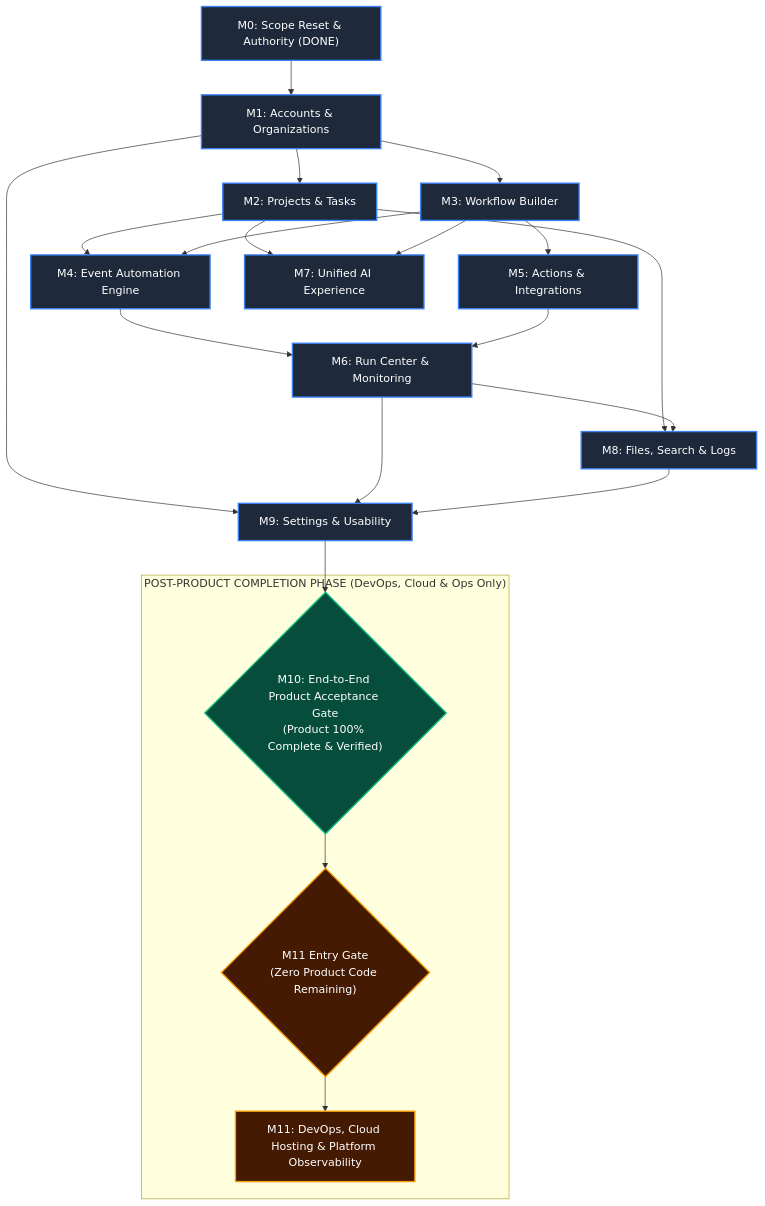
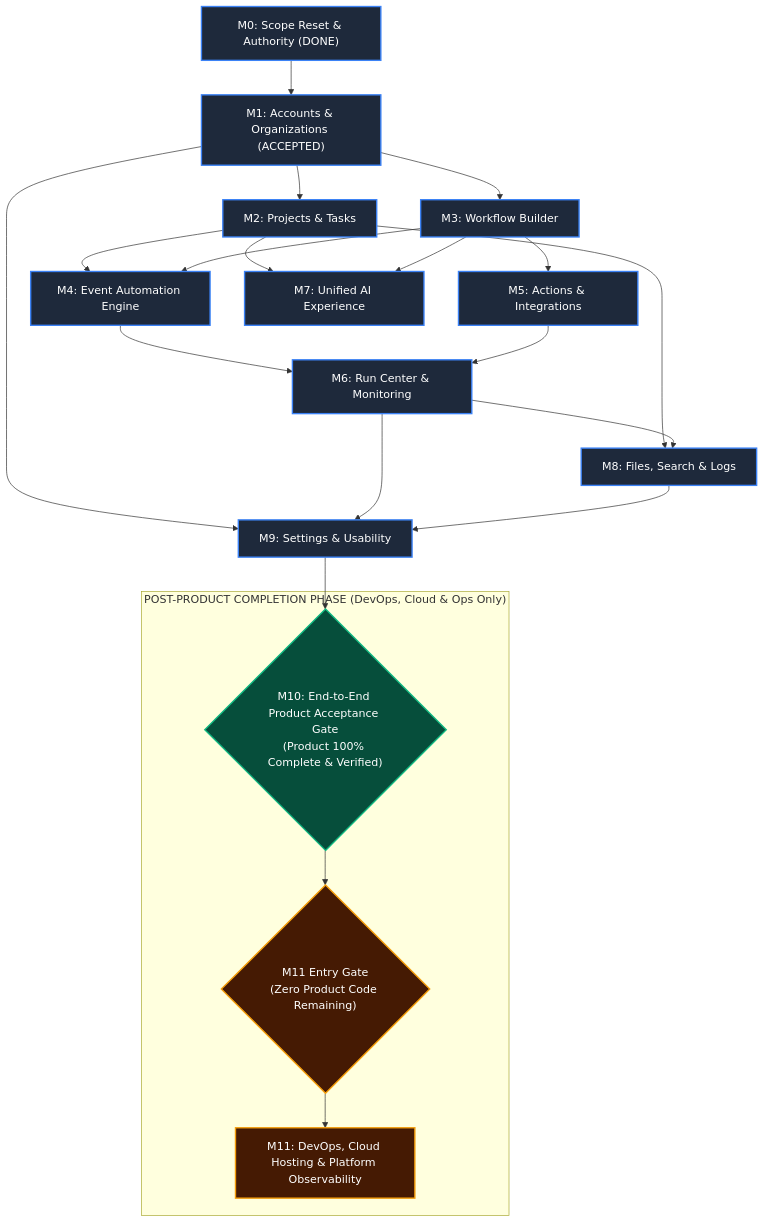
The fifth of 8 diagrams in forge/docs/product/PRODUCT_COMPLETION_TRACKER.md (Mayur11code/Forge), drawn with Mermaid before and after one commit. The commit also changed other lines of this file and 45 other files, not shown here.

````diff
--- a/forge/docs/product/PRODUCT_COMPLETION_TRACKER.md
+++ b/forge/docs/product/PRODUCT_COMPLETION_TRACKER.md
@@ -381,29 +381,29 @@
 ```mermaid
 flowchart TD
     classDef product fill:#1e293b,stroke:#3b82f6,stroke-width:2px,color:#fff;
     classDef gate fill:#064e3b,stroke:#10b981,stroke-width:2px,color:#fff;
     classDef infra fill:#451a03,stroke:#f59e0b,stroke-width:2px,color:#fff;
 
-    M0["M0: Scope Reset & Authority (DONE)"]:::product --> M1["M1: Accounts & Organizations"]:::product
+    M0["M0: Scope Reset & Authority (DONE)"]:::product --> M1["M1: Accounts & Organizations (ACCEPTED)"]:::product
     M1 --> M2["M2: Projects & Tasks"]:::product
     M1 --> M3["M3: Workflow Builder"]:::product
     M2 --> M4["M4: Event Automation Engine"]:::product
     M3 --> M4
     M3 --> M5["M5: Actions & Integrations"]:::product
     M4 --> M6["M6: Run Center & Monitoring"]:::product
     M5 --> M6
     M2 --> M7["M7: Unified AI Experience"]:::product
     M3 --> M7
     M2 --> M8["M8: Files, Search & Logs"]:::product
     M6 --> M8
     M1 --> M9["M9: Settings & Usability"]:::product
     M6 --> M9
     M8 --> M9
 
     M9 --> M10_EXIT{"M10: End-to-End Product Acceptance Gate\n(Product 100% Complete & Verified)"}:::gate
     
     subgraph POST_PRODUCT["POST-PRODUCT COMPLETION PHASE (DevOps, Cloud & Ops Only)"]
         M10_EXIT --> M11_ENTRY{"M11 Entry Gate\n(Zero Product Code Remaining)"}:::infra
         M11_ENTRY --> M11["M11: DevOps, Cloud Hosting & Platform Observability"]:::infra
     end
 ```
````
